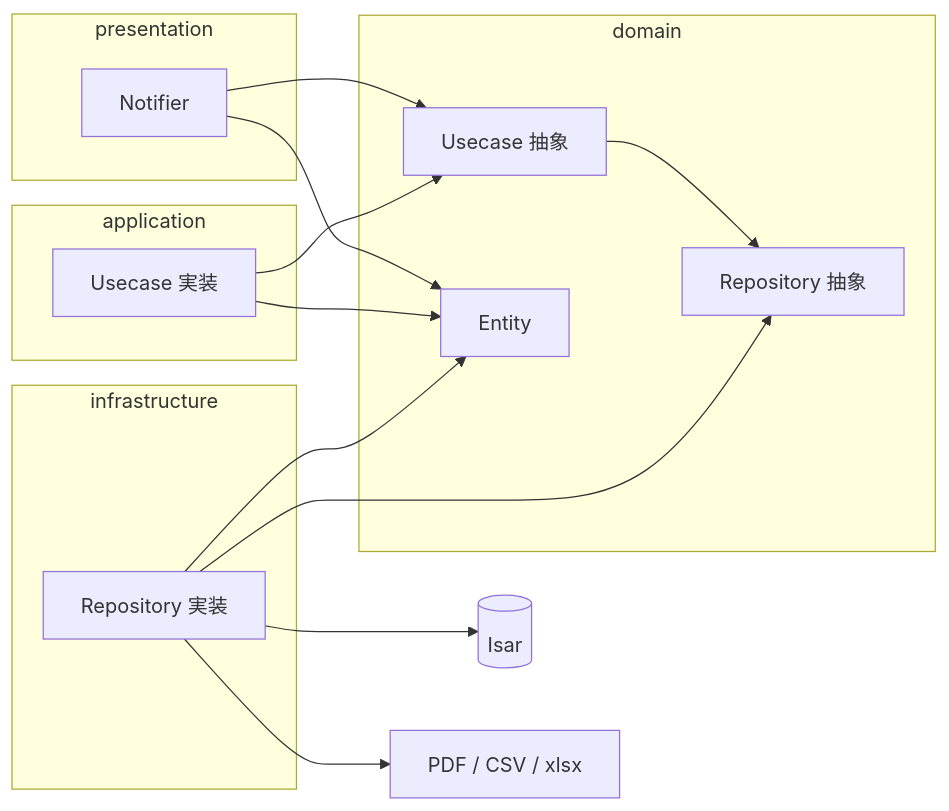
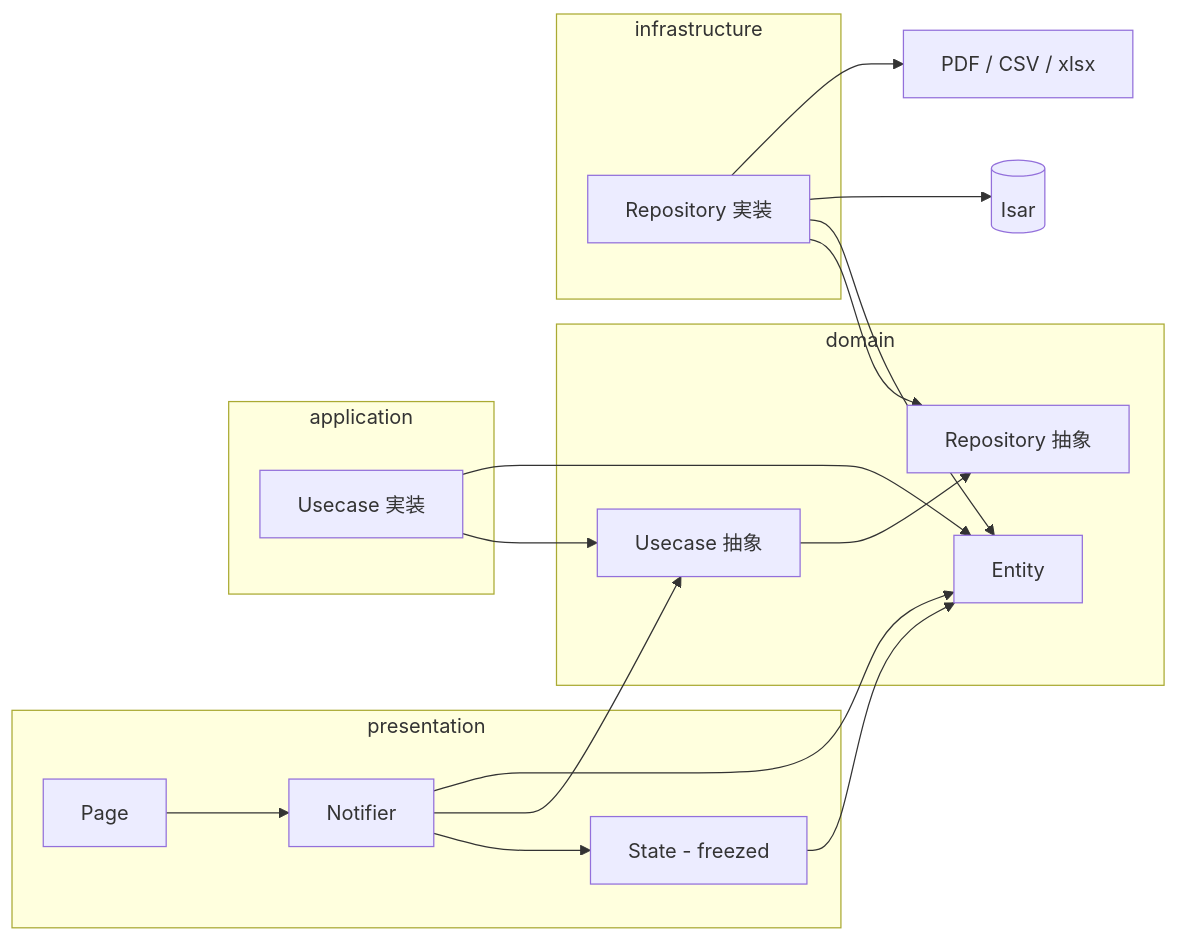
One commit to tas5521/boar_time changed the diagram in README.md. Above: the diagram before and after it, drawn with Mermaid.

Commit message:
mermaidの図を改善

````diff
--- a/README.md
+++ b/README.md
@@ -79,31 +79,36 @@
 ```mermaid
 flowchart LR
+  Page --> Notifier
+  Notifier --> State
   Notifier --> Usecase
   Usecase --> Repository
 
   subgraph domain
     Usecase[Usecase 抽象]
     Repository[Repository 抽象]
     Entity
   end
 
-  Notifier --> Entity
-  UsecaseImpl --> Usecase
-  UsecaseImpl --> Entity
-  RepositoryImpl --> Repository
-  RepositoryImpl --> Entity
-  RepositoryImpl --> Isar[(Isar)]
-  RepositoryImpl --> Files[PDF / CSV / xlsx]
+  subgraph presentation
+    Page
+    Notifier
+    State[State - freezed]
+  end
 
   subgraph application
     UsecaseImpl[Usecase 実装]
   end
 
   subgraph infrastructure
     RepositoryImpl[Repository 実装]
   end
 
-  subgraph presentation
-    Notifier
-  end
+  State --> Entity
+  Notifier --> Entity
+  UsecaseImpl --> Usecase
+  UsecaseImpl --> Entity
+  RepositoryImpl --> Repository
+  RepositoryImpl --> Entity
+  RepositoryImpl --> Isar[(Isar)]
+  RepositoryImpl --> Files[PDF / CSV / xlsx]
 ```
````
